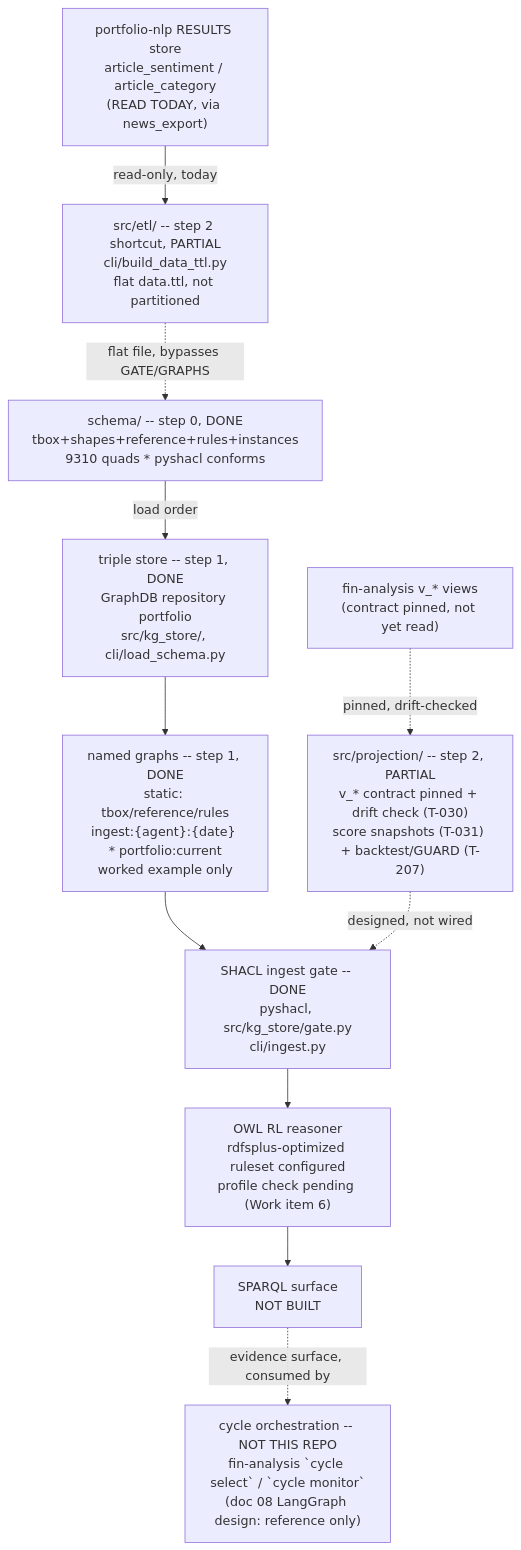
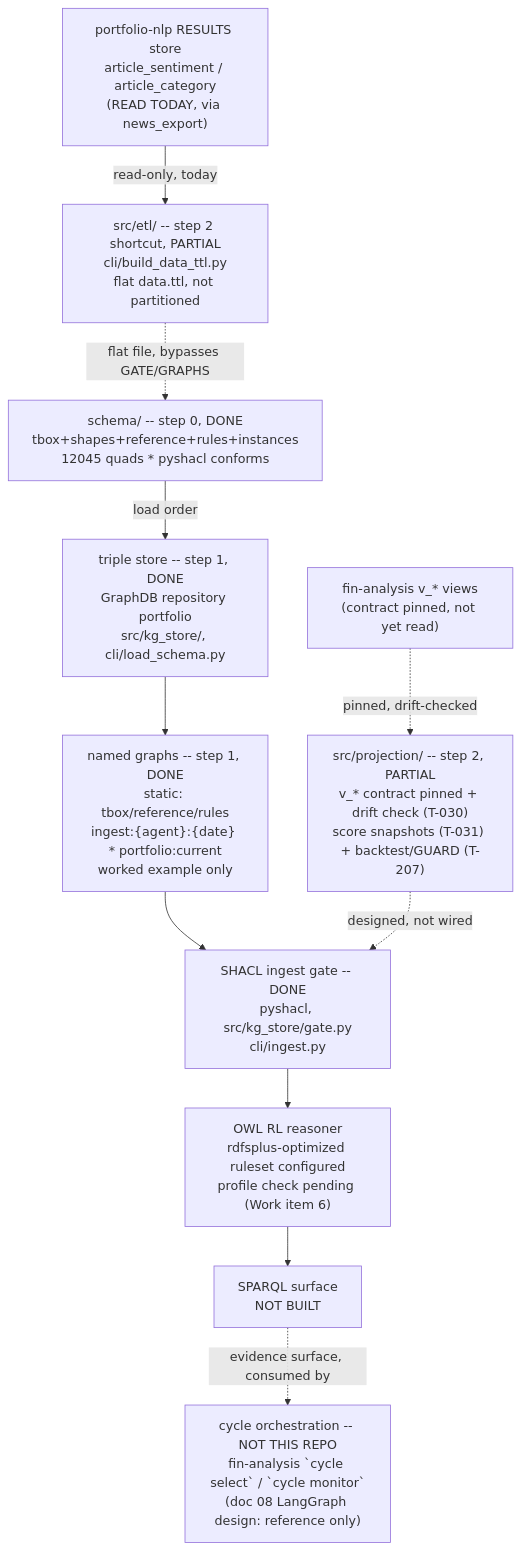
The diagram in .specify/memory/SPEC.md (gamug/portfolio-knowledge-graph), drawn with Mermaid before and after one commit. The commit also changed other lines of this file and 21 other files, not shown here.

````diff
--- a/.specify/memory/SPEC.md
+++ b/.specify/memory/SPEC.md
@@ -1044,22 +1045,22 @@
 ```mermaid
 flowchart TB
-    SCHEMA["schema/ -- step 0, DONE<br/>tbox+shapes+reference+rules+instances<br/>9310 quads * pyshacl conforms"]
+    SCHEMA["schema/ -- step 0, DONE<br/>tbox+shapes+reference+rules+instances<br/>12045 quads * pyshacl conforms"]
     STORE["triple store -- step 1, DONE<br/>GraphDB repository portfolio<br/>src/kg_store/, cli/load_schema.py"]
     GRAPHS["named graphs -- step 1, DONE<br/>static: tbox/reference/rules<br/>ingest:{agent}:{date} * portfolio:current<br/>worked example only"]
     GATE["SHACL ingest gate -- DONE<br/>pyshacl, src/kg_store/gate.py<br/>cli/ingest.py"]
     PROJ["src/projection/ -- step 2, PARTIAL<br/>v_* contract pinned + drift check (T-030)<br/>score snapshots (T-031) + backtest/GUARD (T-207)"]
     FIN["fin-analysis v_* views<br/>(contract pinned, not yet read)"]
     NLPRES["portfolio-nlp RESULTS store<br/>article_sentiment / article_category<br/>(READ TODAY, via news_export)"]
     ETL["src/etl/ -- step 2 shortcut, PARTIAL<br/>cli/build_data_ttl.py<br/>flat data.ttl, not partitioned"]
     REASON["OWL RL reasoner<br/>rdfsplus-optimized ruleset configured<br/>profile check pending (Work item 6)"]
     SPARQL["SPARQL surface<br/>NOT BUILT"]
     AGENTS["cycle orchestration -- NOT THIS REPO<br/>fin-analysis `cycle select` / `cycle monitor`<br/>(doc 08 LangGraph design: reference only)"]
 
     SCHEMA -->|load order| STORE --> GRAPHS --> GATE
     FIN -.->|pinned, drift-checked| PROJ
     PROJ -.->|designed, not wired| GATE
     NLPRES -->|read-only, today| ETL
     ETL -.->|flat file, bypasses GATE/GRAPHS| SCHEMA
     GATE --> REASON --> SPARQL
     SPARQL -.->|evidence surface, consumed by| AGENTS
 ```
````
